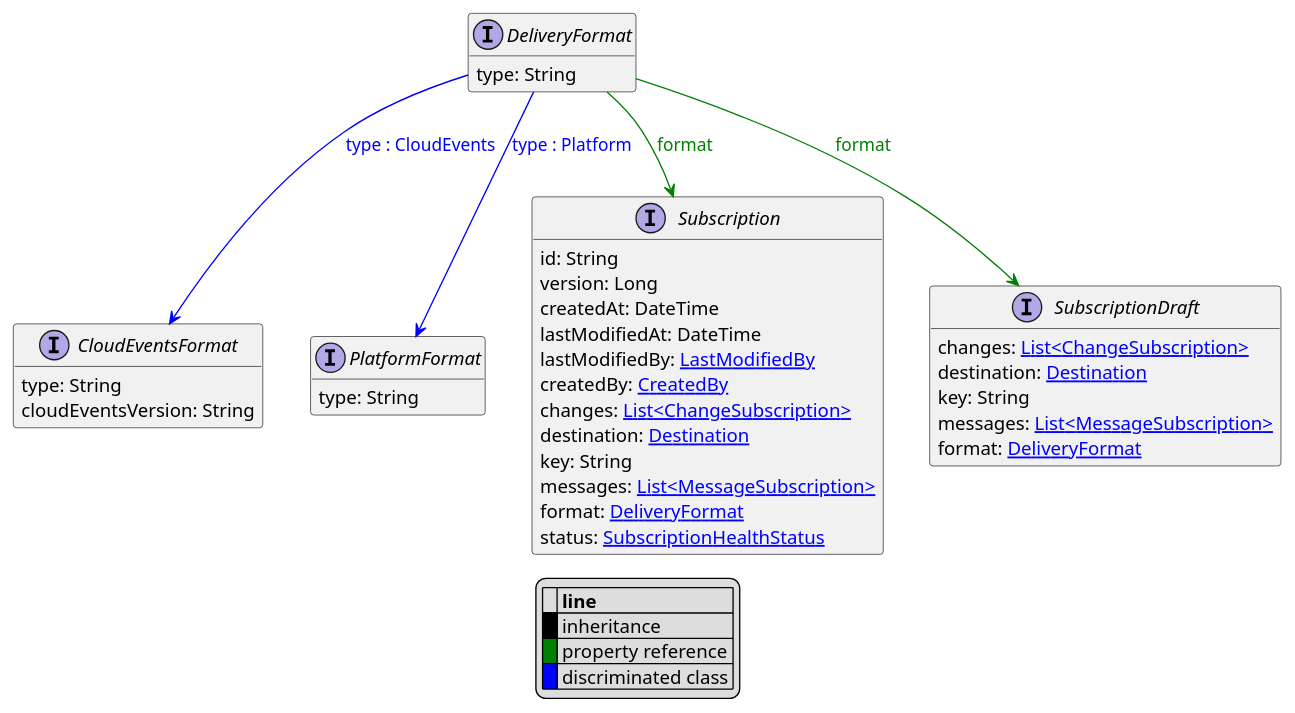
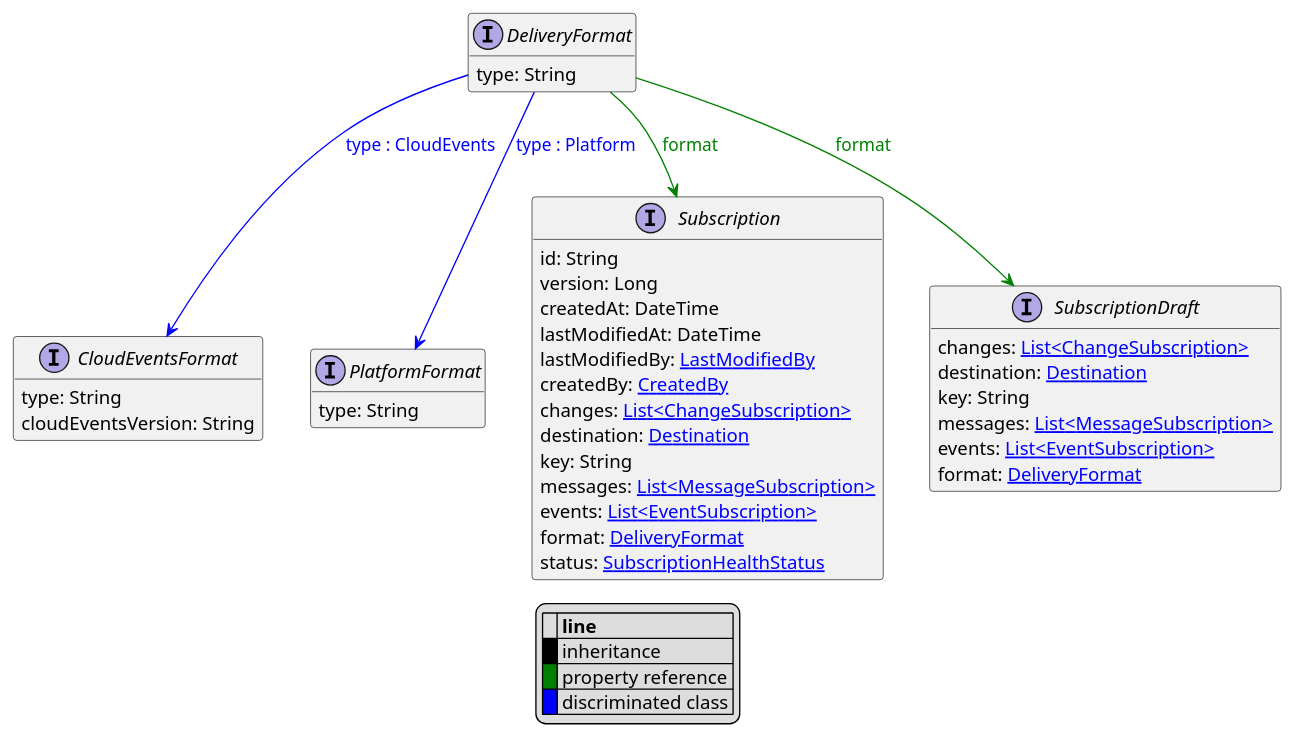
Before and after one commit to commercetools/commercetools-api-reference: the diagram in uml/api/DeliveryFormat.puml, drawn with PlantUML. The commit also changed 74 other files, not shown here.

```diff
--- a/uml/api/DeliveryFormat.puml
+++ b/uml/api/DeliveryFormat.puml
@@ -1,48 +1,50 @@
 @startuml
 
 hide empty fields
 hide empty methods
 legend
 |= |= line |
 |<back:black>   </back>| inheritance |
 |<back:green>   </back>| property reference |
 |<back:blue>   </back>| discriminated class |
 endlegend
 interface DeliveryFormat [[DeliveryFormat.svg]]  {
     type: String
 }
 
 
 interface CloudEventsFormat [[CloudEventsFormat.svg]]  {
     type: String
     cloudEventsVersion: String
 }
 interface PlatformFormat [[PlatformFormat.svg]]  {
     type: String
 }
 interface Subscription [[Subscription.svg]]  {
     id: String
     version: Long
     createdAt: DateTime
     lastModifiedAt: DateTime
     lastModifiedBy: [[LastModifiedBy.svg LastModifiedBy]]
     createdBy: [[CreatedBy.svg CreatedBy]]
     changes: [[ChangeSubscription.svg List<ChangeSubscription>]]
     destination: [[Destination.svg Destination]]
     key: String
     messages: [[MessageSubscription.svg List<MessageSubscription>]]
+    events: [[EventSubscription.svg List<EventSubscription>]]
     format: [[DeliveryFormat.svg DeliveryFormat]]
     status: [[SubscriptionHealthStatus.svg SubscriptionHealthStatus]]
 }
 interface SubscriptionDraft [[SubscriptionDraft.svg]]  {
     changes: [[ChangeSubscription.svg List<ChangeSubscription>]]
     destination: [[Destination.svg Destination]]
     key: String
     messages: [[MessageSubscription.svg List<MessageSubscription>]]
+    events: [[EventSubscription.svg List<EventSubscription>]]
     format: [[DeliveryFormat.svg DeliveryFormat]]
 }
 DeliveryFormat --> CloudEventsFormat #blue;text:blue : "type : CloudEvents"
 DeliveryFormat --> PlatformFormat #blue;text:blue : "type : Platform"
 DeliveryFormat --> Subscription #green;text:green : "format"
 DeliveryFormat --> SubscriptionDraft #green;text:green : "format"
 @enduml
```
